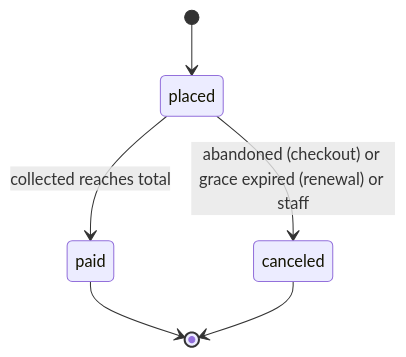
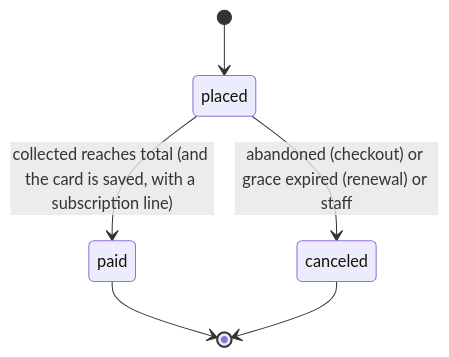
One commit to Reference-Systems-Lab/commerce-backend changed the third of 5 diagrams in docs/data-model.md. Above: the diagram before and after it, drawn with Mermaid. The commit also changed other lines of this file and 1 other file, not shown here.

````diff
--- a/docs/data-model.md
+++ b/docs/data-model.md
@@ -204,8 +204,8 @@
 ```mermaid
 stateDiagram-v2
   [*] --> placed
-  placed --> paid: collected reaches total
+    placed --> paid: collected reaches total (and the card is saved, with a subscription line)
   placed --> canceled: abandoned (checkout) or grace expired (renewal) or staff
   paid --> [*]
   canceled --> [*]
 ```
````
